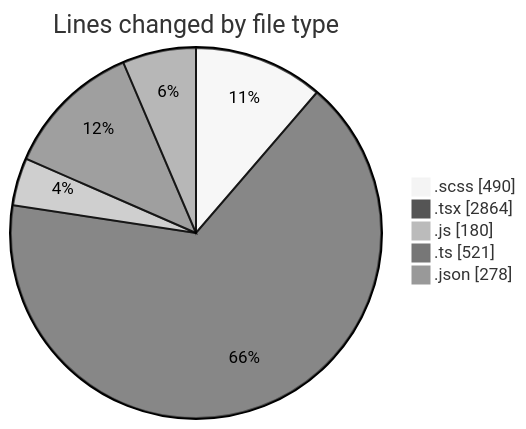
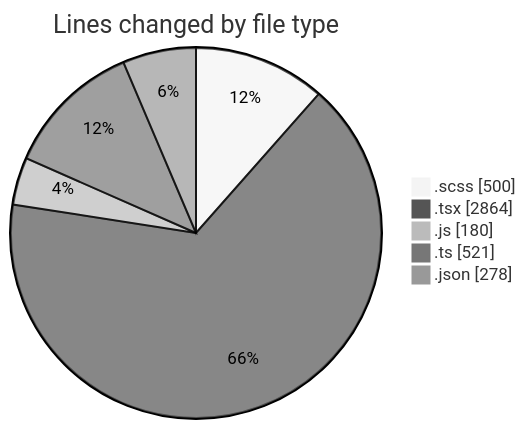
Before and after one commit to momahboobian/code-tracking: the first of 2 diagrams in 2026-08-10/cda/README.md, drawn with Mermaid (neutral theme). The commit also changed other lines of this file and 1 other file, not shown here.

````diff
--- a/2026-08-10/cda/README.md
+++ b/2026-08-10/cda/README.md
@@ -32,9 +32,9 @@
 ```mermaid
 pie showData
 title Lines changed by file type
-".scss" : 490
+".scss" : 500
 ".tsx" : 2864
 ".js" : 180
 ".ts" : 521
 ".json" : 278
 ```
````
